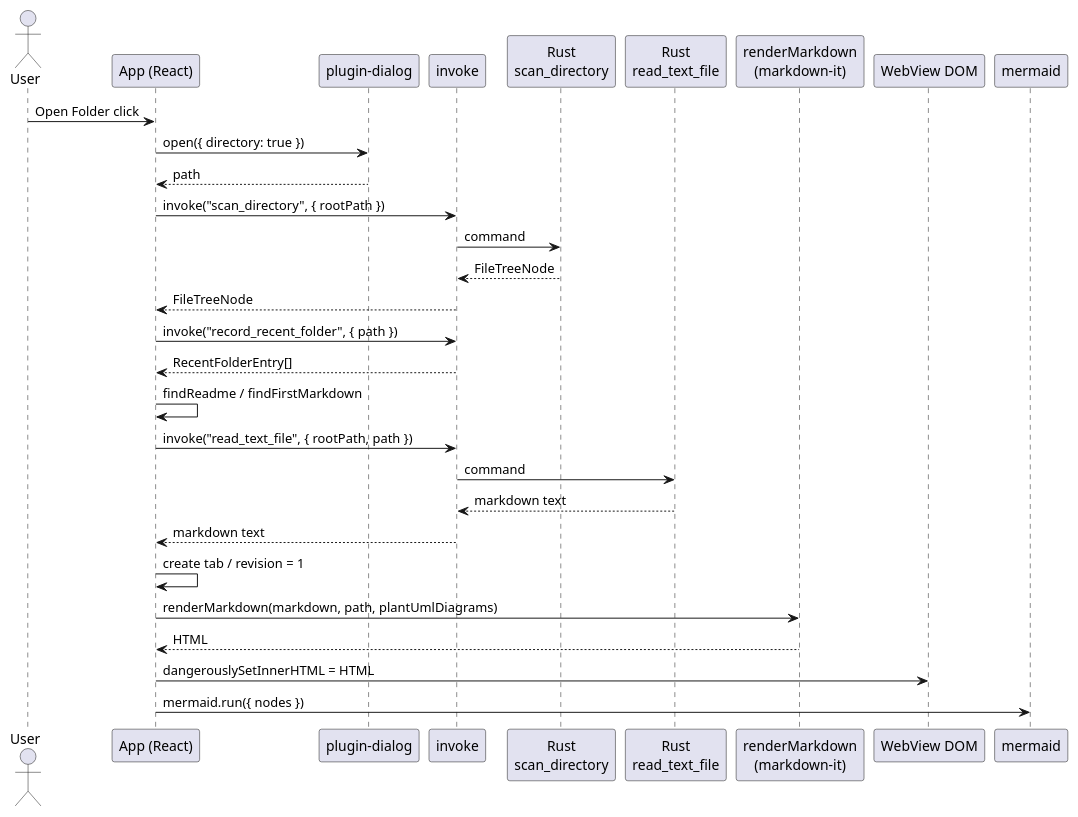
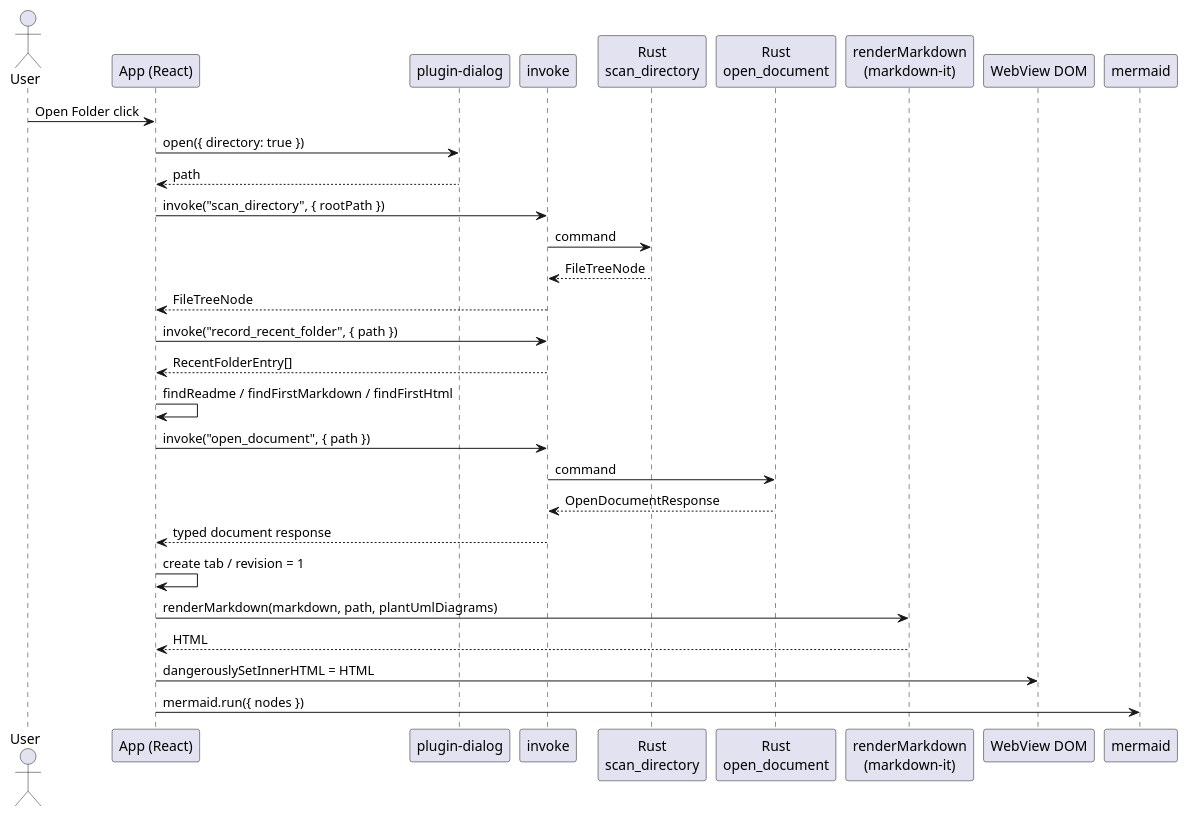
One commit to an-embedded-engineer/MarkdownViewer changed the second of 5 diagrams in docs/components/tauri_viewer/detail_design.md. Above: the diagram before and after it, drawn with PlantUML. The commit also changed other lines of this file and 34 other files, not shown here.

Commit message:
Phase 3 implement Tauri HTML document viewing

````diff
--- a/docs/components/tauri_viewer/detail_design.md
+++ b/docs/components/tauri_viewer/detail_design.md
@@ -142,34 +144,34 @@
 ```plantuml
 @startuml
 skinparam shadowing false
 actor User
 participant "App (React)" as App
 participant "plugin-dialog" as Dlg
 participant "invoke" as Inv
 participant "Rust\nscan_directory" as Scan
-participant "Rust\nread_text_file" as Read
+participant "Rust\nopen_document" as Read
 participant "renderMarkdown\n(markdown-it)" as MD
 participant "WebView DOM" as DOM
 participant "mermaid" as Mer
 
 User -> App : Open Folder click
 App -> Dlg : open({ directory: true })
 Dlg --> App : path
 App -> Inv : invoke("scan_directory", { rootPath })
 Inv -> Scan : command
 Scan --> Inv : FileTreeNode
 Inv --> App : FileTreeNode
 App -> Inv : invoke("record_recent_folder", { path })
 Inv --> App : RecentFolderEntry[]
-App -> App : findReadme / findFirstMarkdown
-App -> Inv : invoke("read_text_file", { rootPath, path })
+App -> App : findReadme / findFirstMarkdown / findFirstHtml
+App -> Inv : invoke("open_document", { path })
 Inv -> Read : command
-Read --> Inv : markdown text
-Inv --> App : markdown text
+Read --> Inv : OpenDocumentResponse
+Inv --> App : typed document response
 App -> App : create tab / revision = 1
 App -> MD : renderMarkdown(markdown, path, plantUmlDiagrams)
 MD --> App : HTML
 App -> DOM : dangerouslySetInnerHTML = HTML
 App -> Mer : mermaid.run({ nodes })
 @enduml
 ```
````
